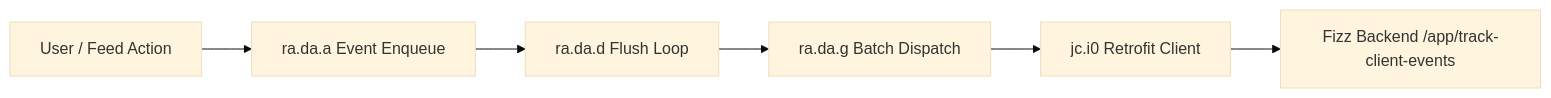
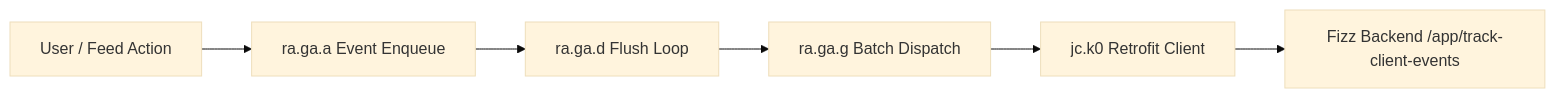
The second of 4 diagrams in docs/fizz/architecture.md (ihatenodejs/aidans-patches), drawn with Mermaid (base theme) before and after one commit. The commit also changed other lines of this file and 101 other files, not shown here.

````diff
--- a/docs/fizz/architecture.md
+++ b/docs/fizz/architecture.md
@@ -49,8 +49,8 @@
 ```mermaid
 flowchart LR
-    UI[User / Feed Action] --> DA[ra.da.a Event Enqueue]
-    DA --> FL[ra.da.d Flush Loop]
-    FL --> BA[ra.da.g Batch Dispatch]
-    BA --> NET[jc.i0 Retrofit Client]
+    UI[User / Feed Action] --> GA[ra.ga.a Event Enqueue]
+    GA --> FL[ra.ga.d Flush Loop]
+    FL --> BA[ra.ga.g Batch Dispatch]
+    BA --> NET[jc.k0 Retrofit Client]
     NET --> ENDPOINT[Fizz Backend /app/track-client-events]
 ```
````
